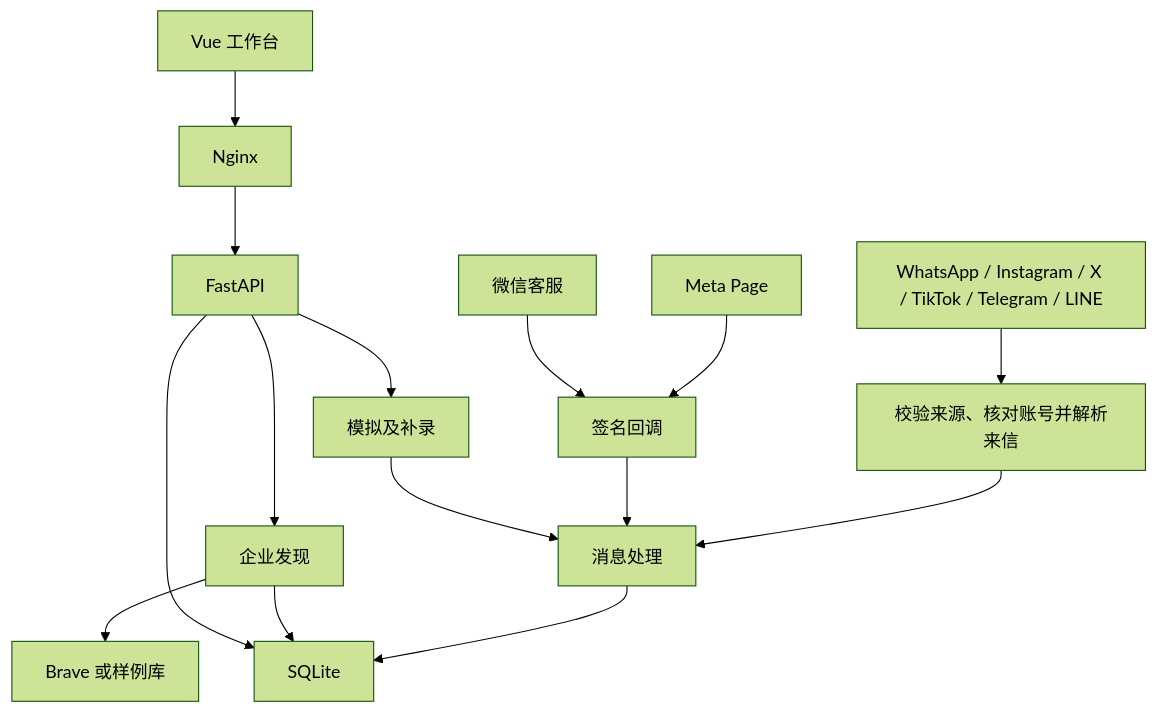
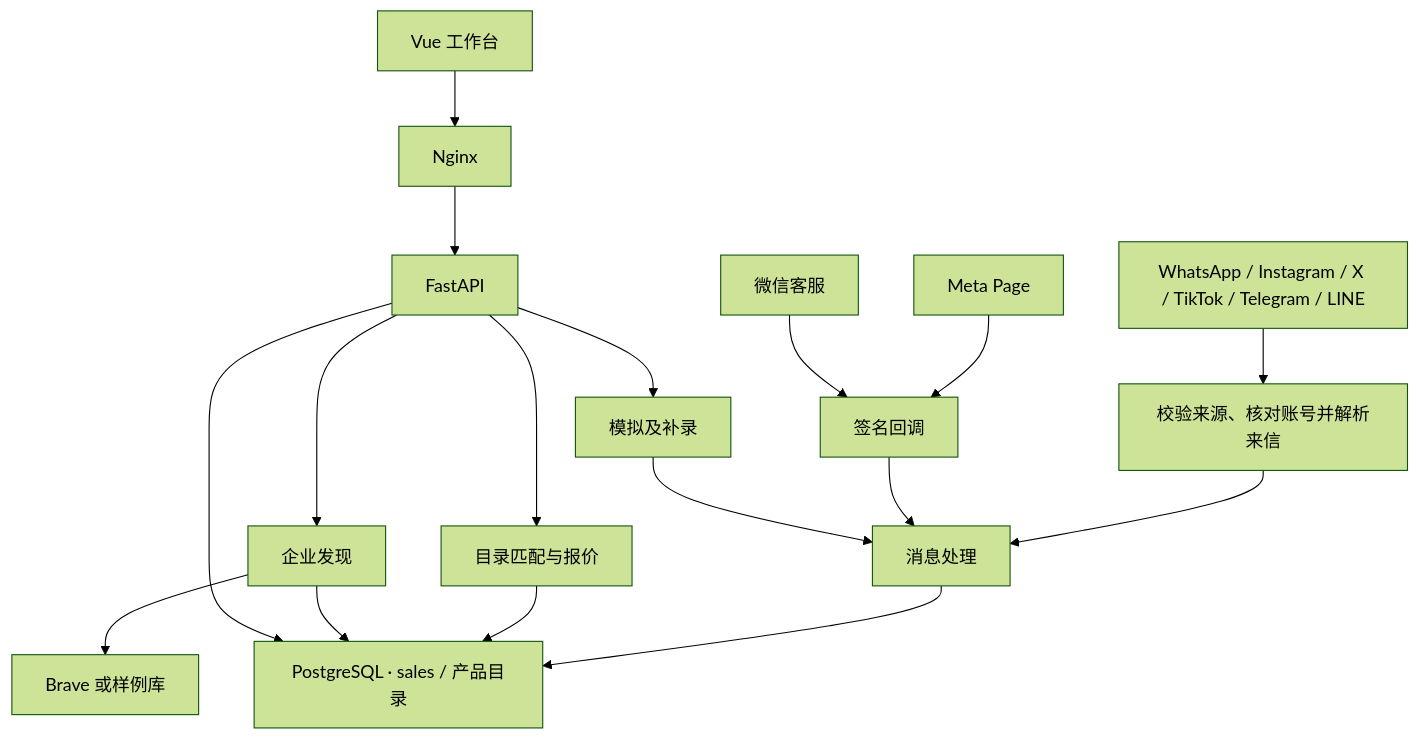
One commit to MrZhao-hub666/HACK changed the diagram in DESIGN.md. Above: the diagram before and after it, drawn with Mermaid (forest theme). The commit also changed other lines of this file and 51 other files, not shown here.

````diff
--- a/DESIGN.md
+++ b/DESIGN.md
@@ -11,17 +11,19 @@
 ```mermaid
 flowchart TD
   Web["Vue 工作台"] --> Gateway["Nginx"]
   Gateway --> API["FastAPI"]
   API --> Find["企业发现"]
   Find --> Search["Brave 或样例库"]
   API --> Intake["模拟及补录"]
   Meta["Meta Page"] --> Adapter["签名回调"]
   Social["WhatsApp / Instagram / X / TikTok / Telegram / LINE"] --> SocialAdapter["校验来源、核对账号并解析来信"]
   SocialAdapter --> Inbox
   WX["微信客服"] --> Adapter
   Adapter --> Inbox["消息处理"]
   Intake --> Inbox
-  Inbox --> DB["SQLite"]
+  Inbox --> DB["PostgreSQL · sales / 产品目录"]
+  API --> Catalogue["目录匹配与报价"]
+  Catalogue --> DB
   Find --> DB
   API --> DB
 ```
````
